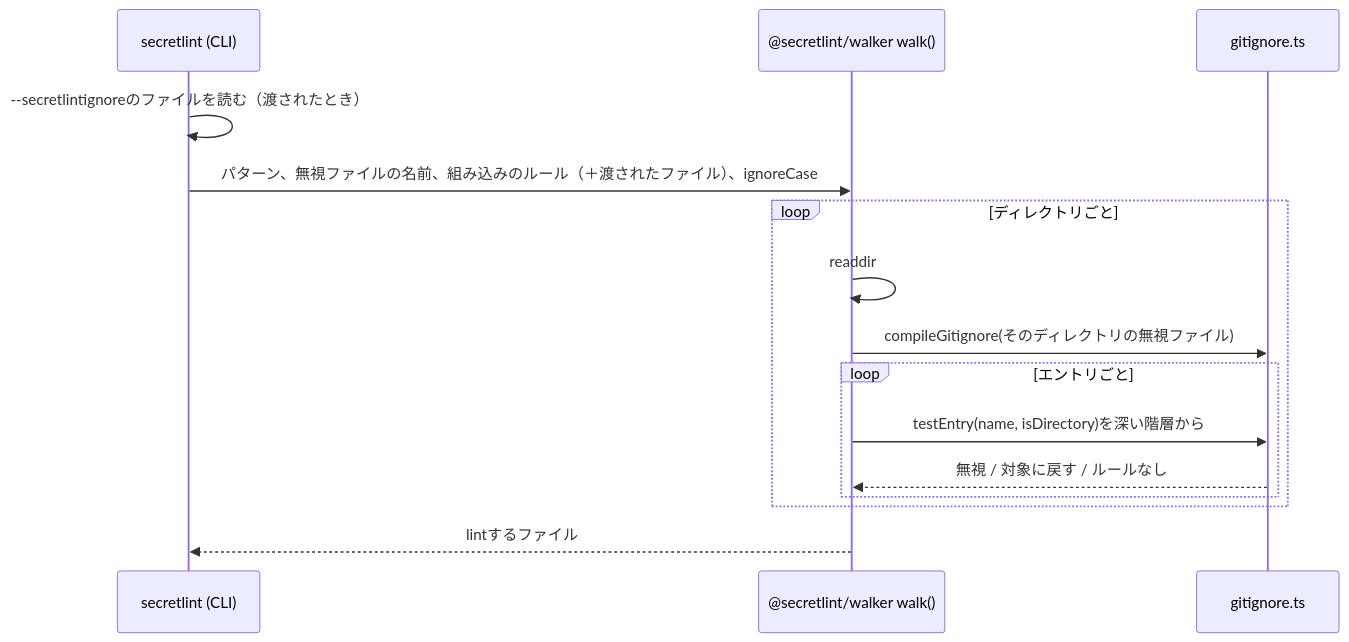
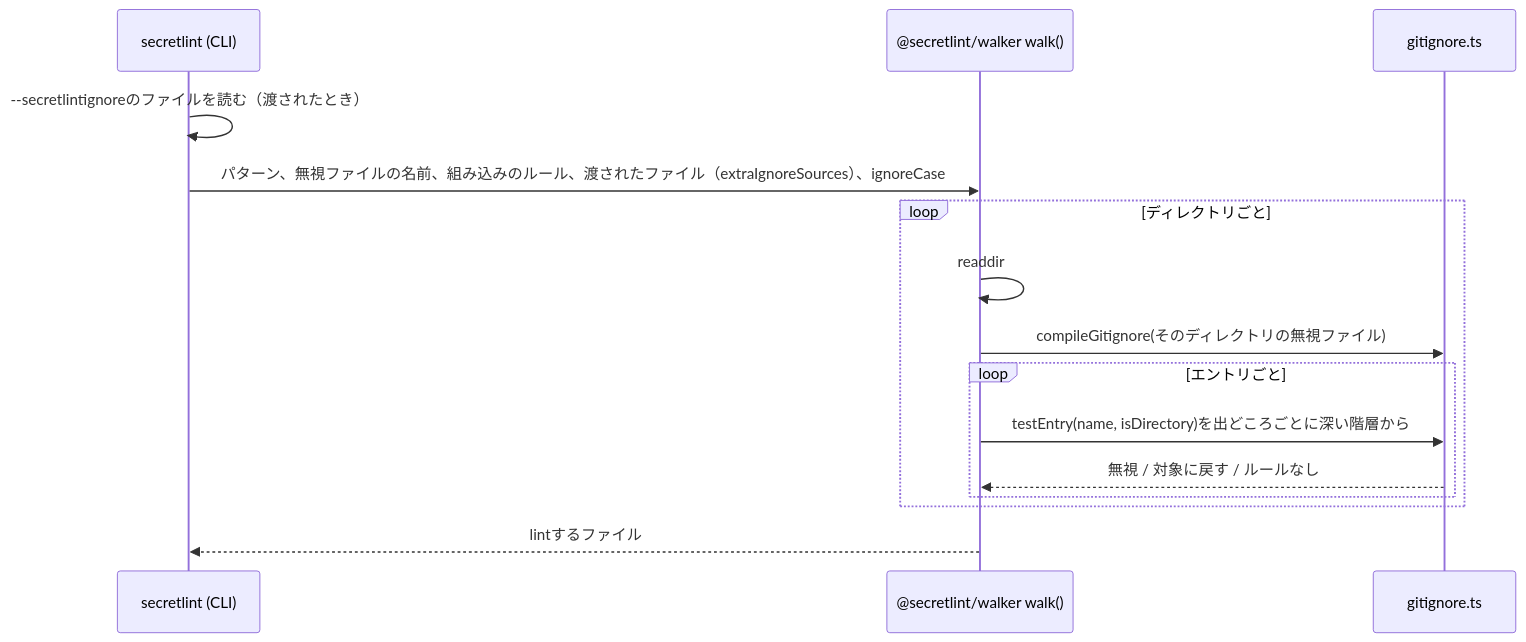
One commit to secretlint/secretlint changed the diagram in docs/products/secretlint/features/file-selection/design.ja.md. Above: the diagram before and after it, drawn with Mermaid. The commit also changed other lines of this file and 3 other files, not shown here.

First line of the commit message:
docs(sdev): combine the sources of ignore rules; `!` includes again only within its source

````diff
--- a/docs/products/secretlint/features/file-selection/design.ja.md
+++ b/docs/products/secretlint/features/file-selection/design.ja.md
@@ -78,17 +81,17 @@
 ```mermaid
 sequenceDiagram
     participant CLI as secretlint (CLI)
     participant Walker as @secretlint/walker walk()
     participant Matcher as gitignore.ts
     CLI->>CLI: --secretlintignoreのファイルを読む（渡されたとき）
-    CLI->>Walker: パターン、無視ファイルの名前、組み込みのルール（＋渡されたファイル）、ignoreCase
+    CLI->>Walker: パターン、無視ファイルの名前、組み込みのルール、渡されたファイル（extraIgnoreSources）、ignoreCase
     loop ディレクトリごと
         Walker->>Walker: readdir
         Walker->>Matcher: compileGitignore(そのディレクトリの無視ファイル)
         loop エントリごと
-            Walker->>Matcher: testEntry(name, isDirectory)を深い階層から
+            Walker->>Matcher: testEntry(name, isDirectory)を出どころごとに深い階層から
             Matcher-->>Walker: 無視 / 対象に戻す / ルールなし
         end
     end
     Walker-->>CLI: lintするファイル
 ```
````
